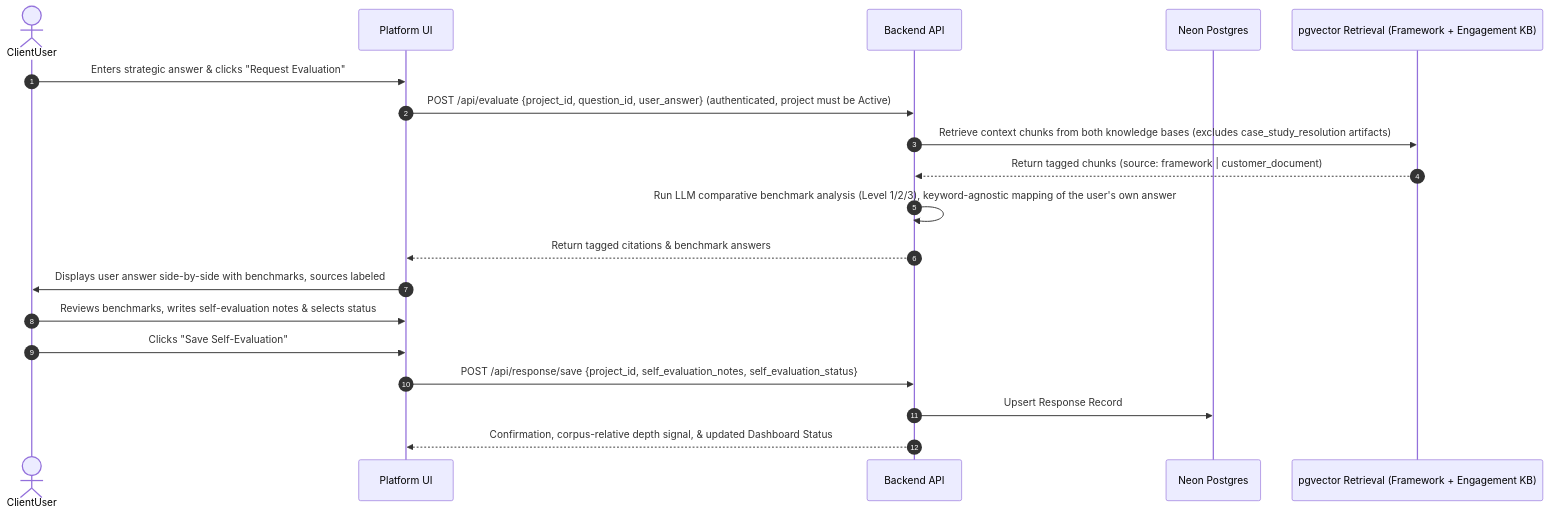
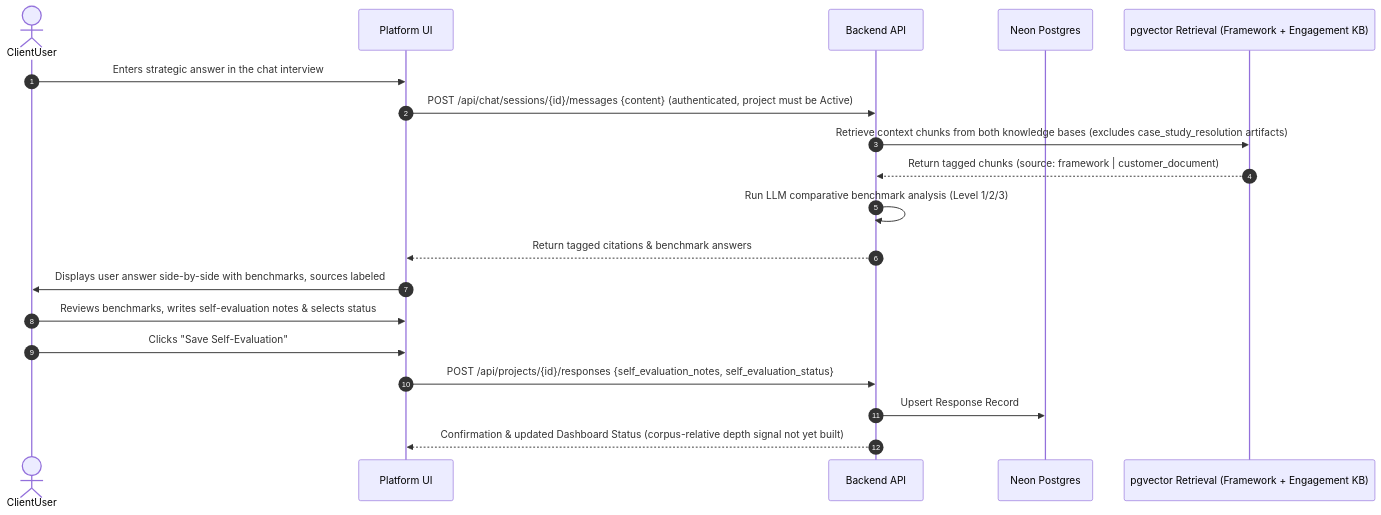
One commit to balajir2/Cosmos-Strategy-Platform changed the first of 2 diagrams in documentation/product/functional-spec.md. Above: the diagram before and after it, drawn with Mermaid. The commit also changed other lines of this file and 22 other files, not shown here.

````diff
--- a/documentation/product/functional-spec.md
+++ b/documentation/product/functional-spec.md
@@ -115,22 +118,22 @@
 ```mermaid
 sequenceDiagram
     autonumber
     actor User as ClientUser
     participant Sys as Platform UI
     participant BE as Backend API
     participant DB as Neon Postgres
     participant RAG as pgvector Retrieval (Framework + Engagement KB)
 
-    User->>Sys: Enters strategic answer & clicks "Request Evaluation"
-    Sys->>BE: POST /api/evaluate {project_id, question_id, user_answer} (authenticated, project must be Active)
+    User->>Sys: Enters strategic answer in the chat interview
+    Sys->>BE: POST /api/chat/sessions/{id}/messages {content} (authenticated, project must be Active)
     BE->>RAG: Retrieve context chunks from both knowledge bases (excludes case_study_resolution artifacts)
     RAG-->>BE: Return tagged chunks (source: framework | customer_document)
-    BE->>BE: Run LLM comparative benchmark analysis (Level 1/2/3), keyword-agnostic mapping of the user's own answer
+    BE->>BE: Run LLM comparative benchmark analysis (Level 1/2/3)
     BE-->>Sys: Return tagged citations & benchmark answers
     Sys->>User: Displays user answer side-by-side with benchmarks, sources labeled
     User->>Sys: Reviews benchmarks, writes self-evaluation notes & selects status
     User->>Sys: Clicks "Save Self-Evaluation"
-    Sys->>BE: POST /api/response/save {project_id, self_evaluation_notes, self_evaluation_status}
+    Sys->>BE: POST /api/projects/{id}/responses {self_evaluation_notes, self_evaluation_status}
     BE->>DB: Upsert Response Record
-    BE-->>Sys: Confirmation, corpus-relative depth signal, & updated Dashboard Status
+    BE-->>Sys: Confirmation & updated Dashboard Status (corpus-relative depth signal not yet built)
 ```
````
